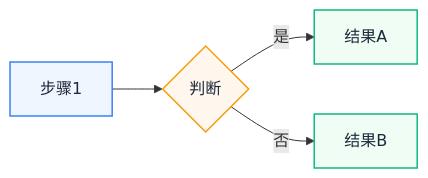
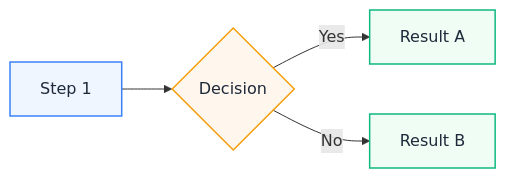
One commit to abdou-da0wew/zcode-skills changed diagram 12 of 15 in skills/charts/references/mermaid.md. Above: the diagram before and after it, drawn with Mermaid. The commit also changed other lines of this file and 504 other files, not shown here.

````diff
--- a/skills/charts/references/mermaid.md
+++ b/skills/charts/references/mermaid.md
@@ -698,10 +698,10 @@
 ```mermaid
 flowchart LR
     classDef blue fill:#EFF6FF,stroke:#3B82F6,stroke-width:1.5px,color:#1E293B
     classDef green fill:#F0FDF4,stroke:#10B981,stroke-width:1.5px,color:#1E293B
     classDef amber fill:#FFF7ED,stroke:#F59E0B,stroke-width:1.5px,color:#1E293B
 
-    A[步骤1]:::blue --> B{判断}:::amber
-    B -->|是| C[结果A]:::green
-    B -->|否| D[结果B]:::green
+    A[Step 1]:::blue --> B{Decision}:::amber
+    B -->|Yes| C[Result A]:::green
+    B -->|No| D[Result B]:::green
 ```
````
